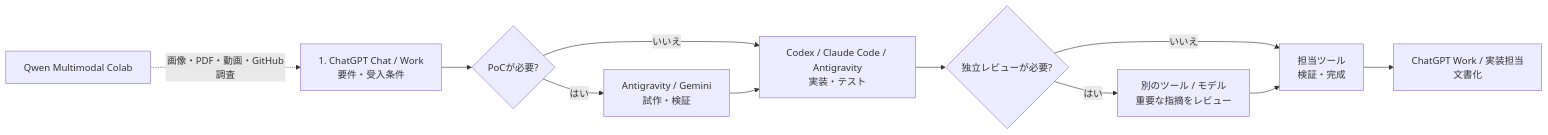
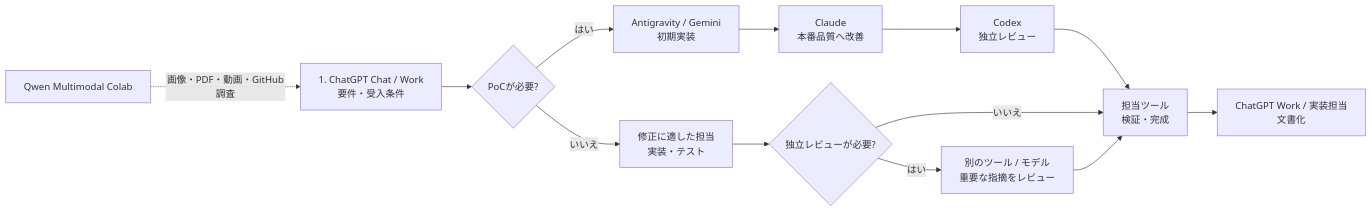
One commit to moruku36/multi-ai-workflow changed the diagram in README.ja.md. Above: the diagram before and after it, drawn with Mermaid. The commit also changed other lines of this file and 5 other files, not shown here.

````diff
--- a/README.ja.md
+++ b/README.ja.md
@@ -73,14 +72,16 @@
 ```mermaid
 flowchart LR
     A["1. ChatGPT Chat / Work<br/>要件・受入条件"] --> B{"PoCが必要?"}
-    B -->|はい| P["Antigravity / Gemini<br/>試作・検証"]
-    B -->|いいえ| C["Codex / Claude Code / Antigravity<br/>実装・テスト"]
-    P --> C
+    B -->|はい| P["Antigravity / Gemini<br/>初期実装"]
+    B -->|いいえ| C["修正に適した担当<br/>実装・テスト"]
+    P --> H["Claude<br/>本番品質へ改善"]
+    H --> X["Codex<br/>独立レビュー"]
+    X --> E
     C --> D{"独立レビューが必要?"}
     D -->|はい| R["別のツール / モデル<br/>重要な指摘をレビュー"]
     D -->|いいえ| E["担当ツール<br/>検証・完成"]
     R --> E
     E --> F["ChatGPT Work / 実装担当<br/>文書化"]
 
     I["Qwen Multimodal Colab"] -. "画像・PDF・動画・GitHub調査" .-> A
 ```
````
